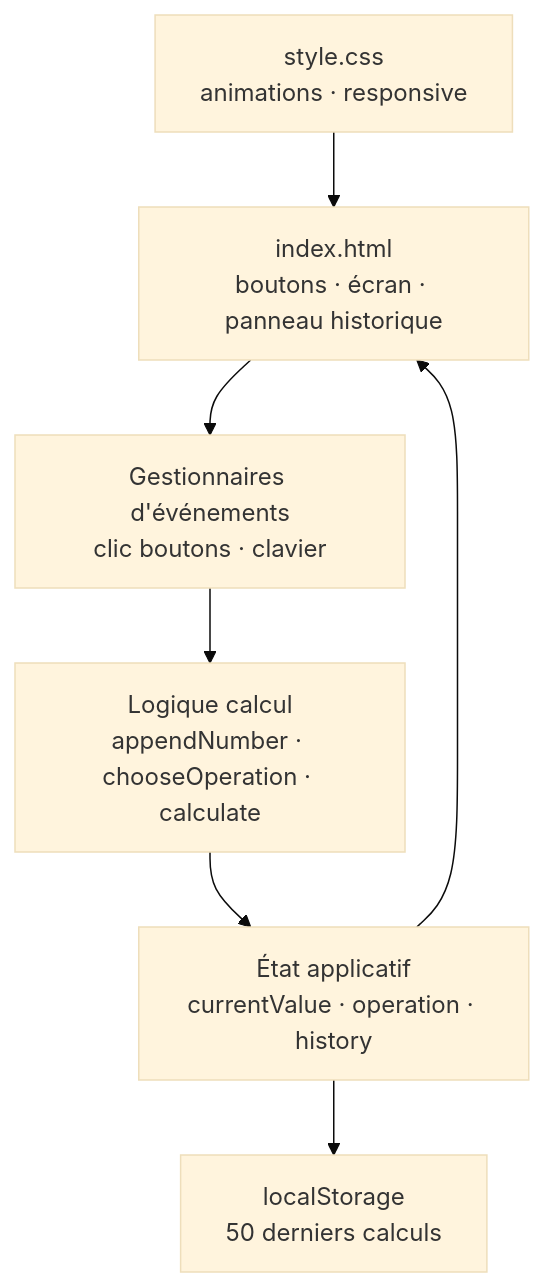
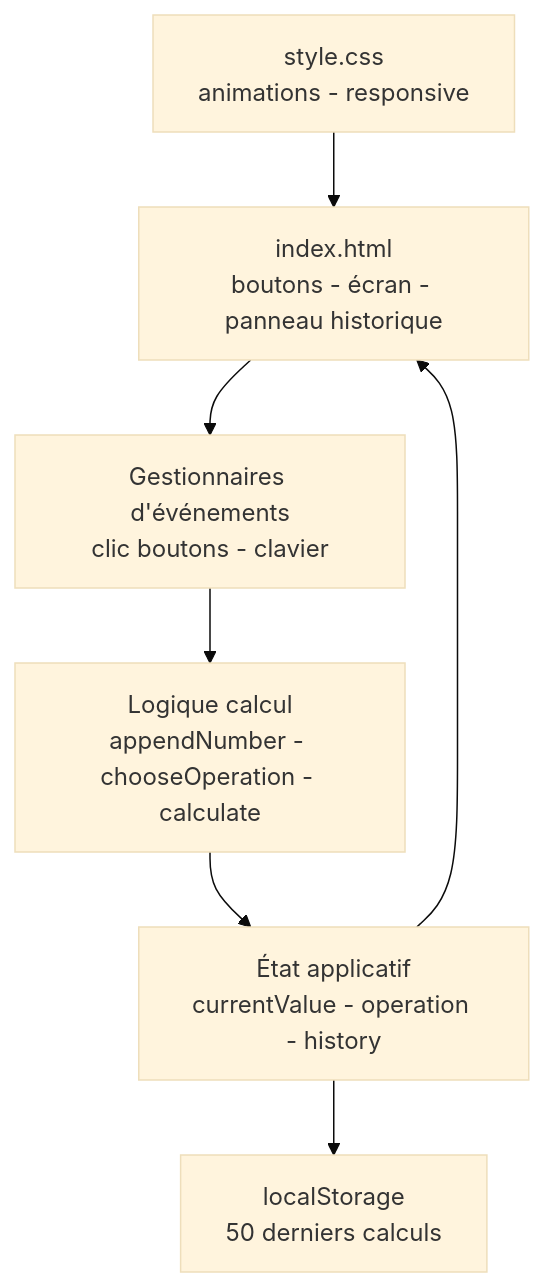
Before and after one commit to Adam-Blf/Calculator-JS: the diagram in README.md, drawn with Mermaid (base theme). The commit also changed other lines of this file, not shown here.

Commit message:
docs: typography pass, no em dash or middle dot (#1)

````diff
--- a/README.md
+++ b/README.md
@@ -20,16 +20,16 @@
 ```mermaid
 flowchart TB
-    HTML["index.html<br/>boutons · écran · panneau historique"]
-    Events["Gestionnaires d'événements<br/>clic boutons · clavier"]
-    Logic["Logique calcul<br/>appendNumber · chooseOperation · calculate"]
-    State["État applicatif<br/>currentValue · operation · history"]
+    HTML["index.html<br/>boutons - écran - panneau historique"]
+    Events["Gestionnaires d'événements<br/>clic boutons - clavier"]
+    Logic["Logique calcul<br/>appendNumber - chooseOperation - calculate"]
+    State["État applicatif<br/>currentValue - operation - history"]
     Storage["localStorage<br/>50 derniers calculs"]
-    Style["style.css<br/>animations · responsive"]
+    Style["style.css<br/>animations - responsive"]
 
     HTML --> Events
     Events --> Logic
     Logic --> State
     State --> Storage
     State --> HTML
     Style --> HTML
 ```
````
